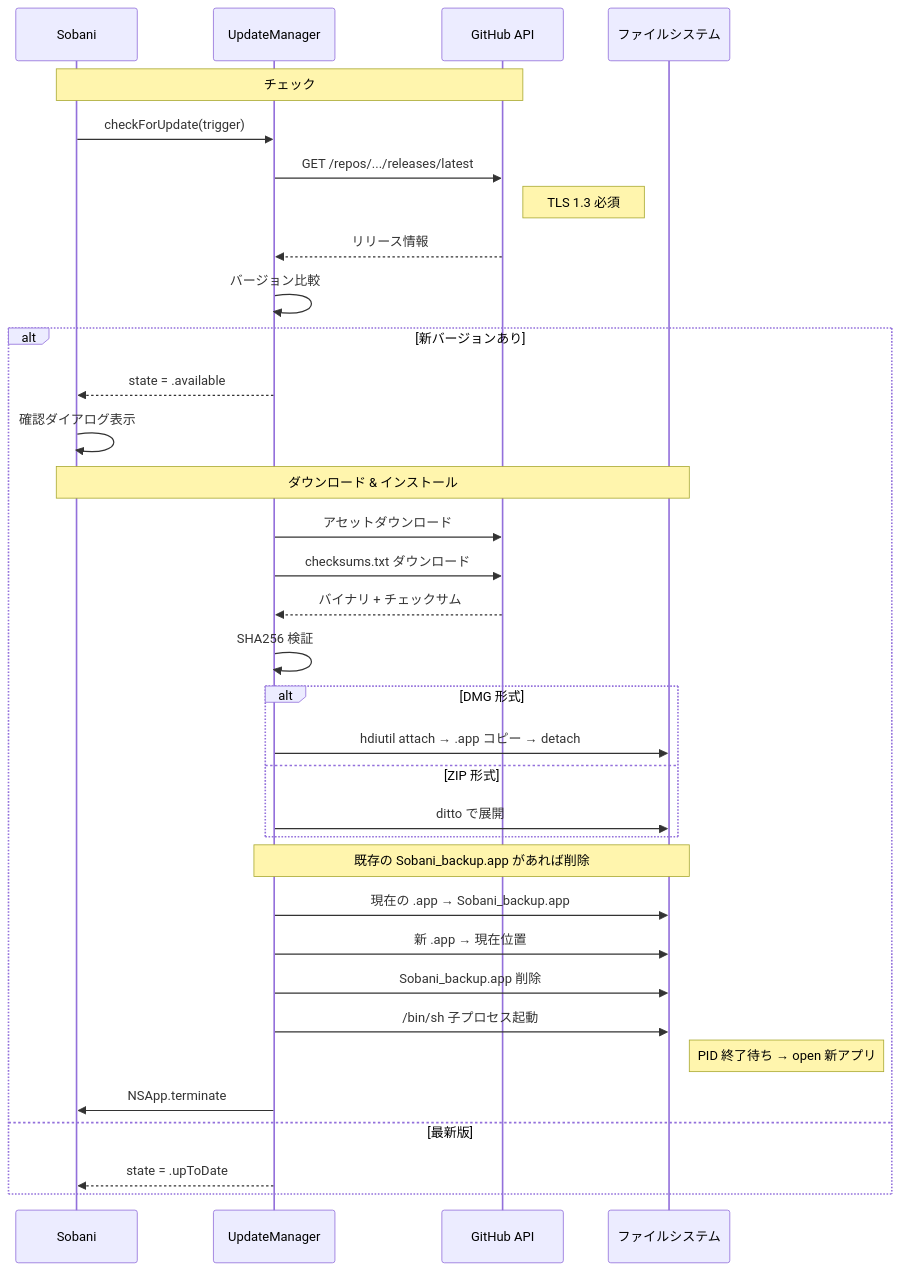
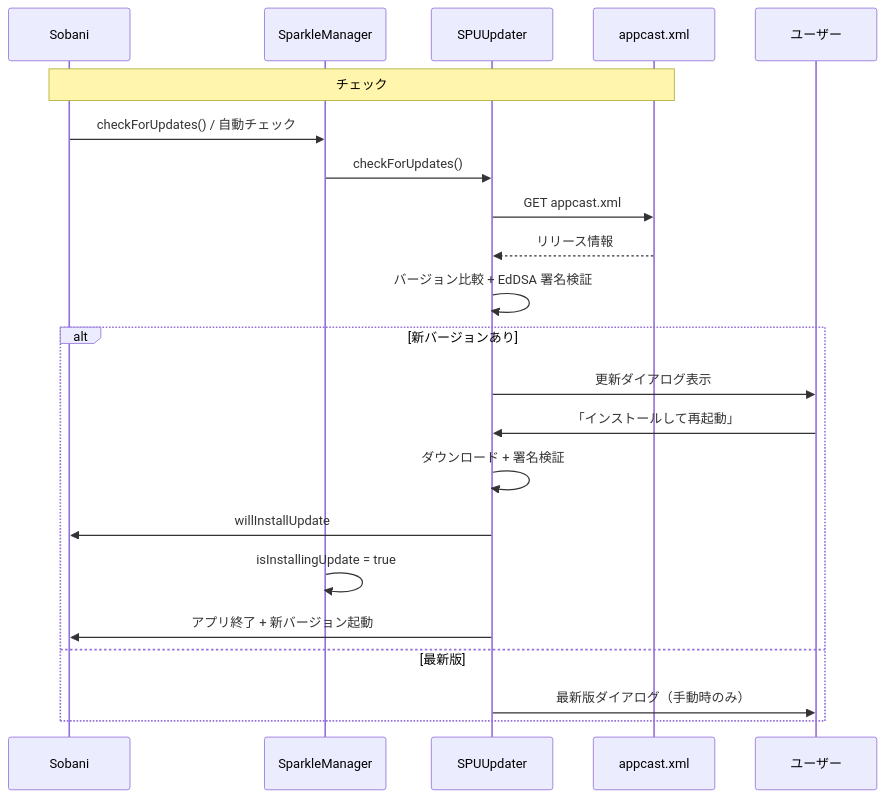
Before and after one commit to shiroemons/sobani: the first of 2 diagrams in docs/guide/update-and-restore.md, drawn with Mermaid. The commit also changed other lines of this file and 5 other files, not shown here.

````diff
--- a/docs/guide/update-and-restore.md
+++ b/docs/guide/update-and-restore.md
@@ -46,41 +24,26 @@
 ```mermaid
 sequenceDiagram
     participant App as Sobani
-    participant UM as UpdateManager
-    participant GH as GitHub API
-    participant FS as ファイルシステム
+    participant SM as SparkleManager
+    participant SPU as SPUUpdater
+    participant Feed as appcast.xml
+    participant UI as ユーザー
 
-    Note over App,GH: チェック
-    App->>UM: checkForUpdate(trigger)
-    UM->>GH: GET /repos/.../releases/latest
-    Note right of GH: TLS 1.3 必須
-    GH-->>UM: リリース情報
-    UM->>UM: バージョン比較
+    Note over App,Feed: チェック
+    App->>SM: checkForUpdates() / 自動チェック
+    SM->>SPU: checkForUpdates()
+    SPU->>Feed: GET appcast.xml
+    Feed-->>SPU: リリース情報
+    SPU->>SPU: バージョン比較 + EdDSA 署名検証
 
     alt 新バージョンあり
-        UM-->>App: state = .available
-        App->>App: 確認ダイアログ表示
-
-        Note over App,FS: ダウンロード & インストール
-        UM->>GH: アセットダウンロード
-        UM->>GH: checksums.txt ダウンロード
-        GH-->>UM: バイナリ + チェックサム
-        UM->>UM: SHA256 検証
-
-        alt DMG 形式
-            UM->>FS: hdiutil attach → .app コピー → detach
-        else ZIP 形式
-            UM->>FS: ditto で展開
-        end
-
-        Note over UM,FS: 既存の Sobani_backup.app があれば削除
-        UM->>FS: 現在の .app → Sobani_backup.app
-        UM->>FS: 新 .app → 現在位置
-        UM->>FS: Sobani_backup.app 削除
-        UM->>FS: /bin/sh 子プロセス起動
-        Note right of FS: PID 終了待ち → open 新アプリ
-        UM->>App: NSApp.terminate
+        SPU->>UI: 更新ダイアログ表示
+        UI->>SPU: 「インストールして再起動」
+        SPU->>SPU: ダウンロード + 署名検証
+        SPU->>App: willInstallUpdate
+        SM->>SM: isInstallingUpdate = true
+        SPU->>App: アプリ終了 + 新バージョン起動
     else 最新版
-        UM-->>App: state = .upToDate
+        SPU->>UI: 最新版ダイアログ（手動時のみ）
     end
 ```
````
